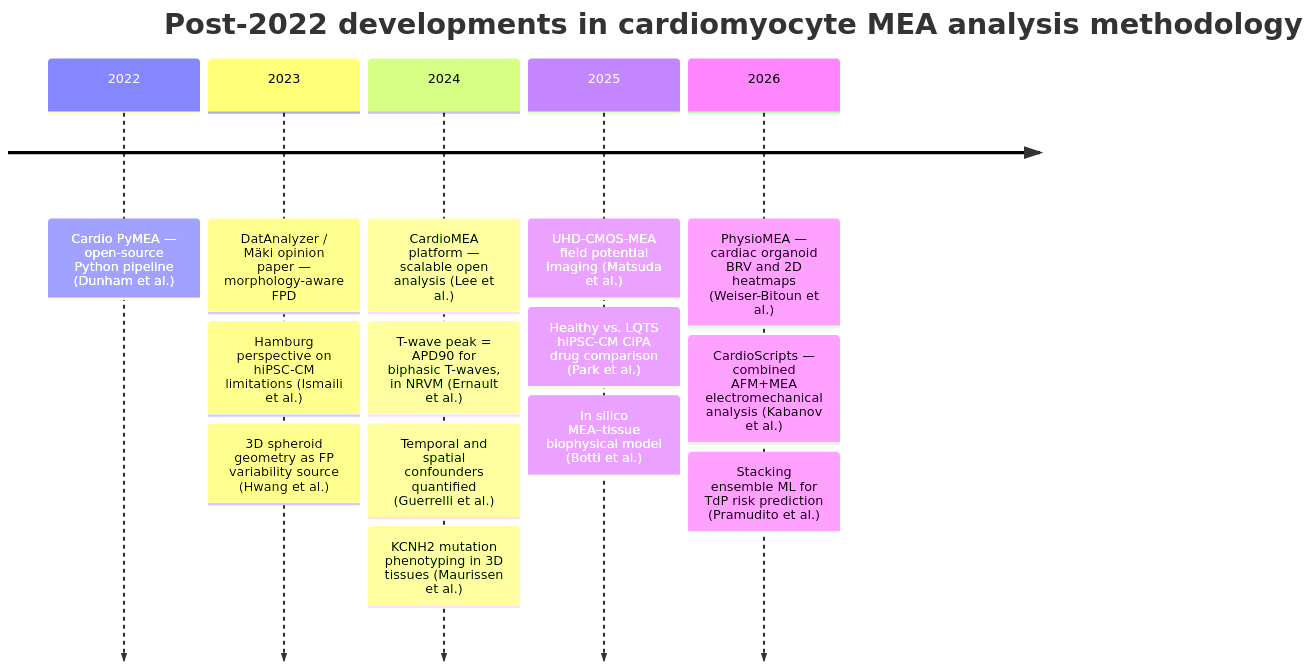
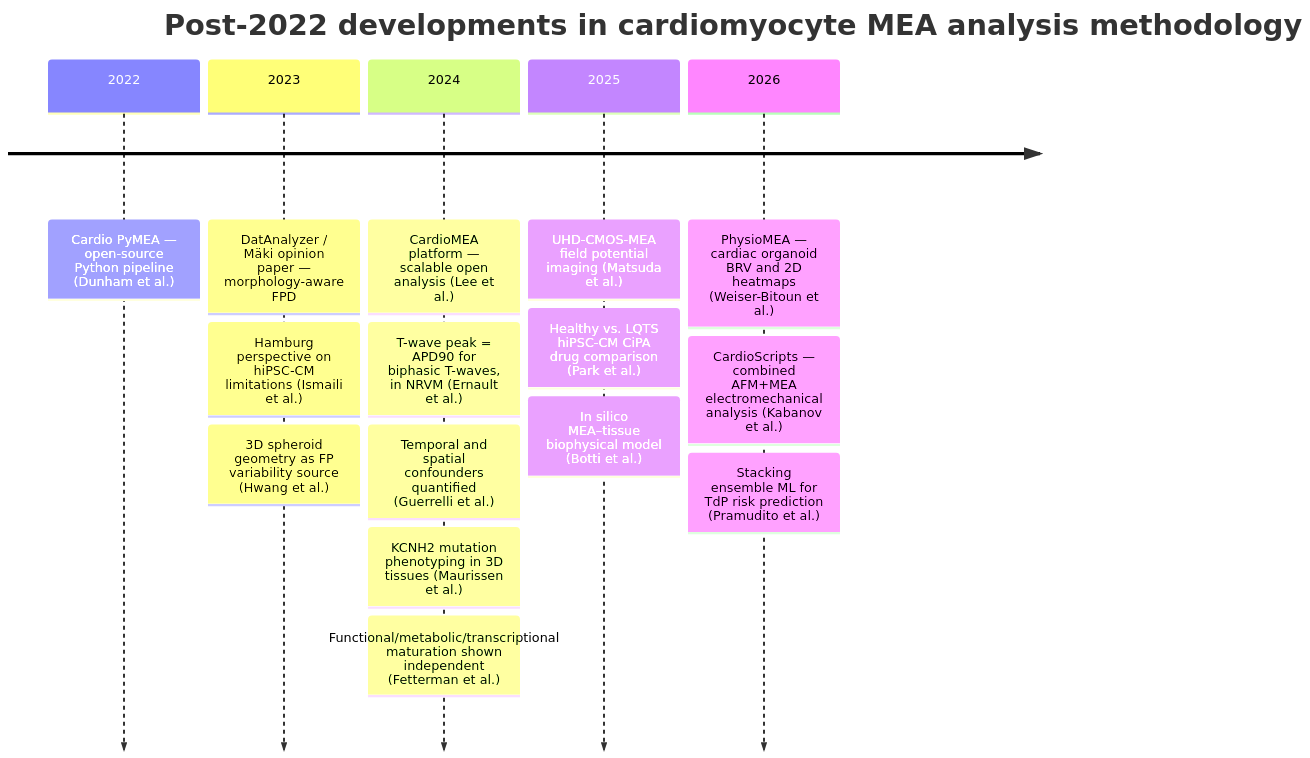
Before and after one commit to AnaHill/MEA_review_llm_wiki: the first of 2 diagrams in main.md, drawn with Mermaid. The commit also changed other lines of this file and 8 other files, not shown here.

````diff
--- a/main.md
+++ b/main.md
@@ -30,18 +30,19 @@
 ```mermaid
 timeline
     title Post-2022 developments in cardiomyocyte MEA analysis methodology
     2022 : Cardio PyMEA — open-source Python pipeline (Dunham et al.)
     2023 : DatAnalyzer / Mäki opinion paper — morphology-aware FPD
          : Hamburg perspective on hiPSC-CM limitations (Ismaili et al.)
          : 3D spheroid geometry as FP variability source (Hwang et al.)
     2024 : CardioMEA platform — scalable open analysis (Lee et al.)
          : T-wave peak = APD90 for biphasic T-waves, in NRVM (Ernault et al.)
          : Temporal and spatial confounders quantified (Guerrelli et al.)
          : KCNH2 mutation phenotyping in 3D tissues (Maurissen et al.)
+         : Functional/metabolic/transcriptional maturation shown independent (Fetterman et al.)
     2025 : UHD-CMOS-MEA field potential imaging (Matsuda et al.)
          : Healthy vs. LQTS hiPSC-CM CiPA drug comparison (Park et al.)
          : In silico MEA–tissue biophysical model (Botti et al.)
     2026 : PhysioMEA — cardiac organoid BRV and 2D heatmaps (Weiser-Bitoun et al.)
          : CardioScripts — combined AFM+MEA electromechanical analysis (Kabanov et al.)
          : Stacking ensemble ML for TdP risk prediction (Pramudito et al.)
 ```
````
